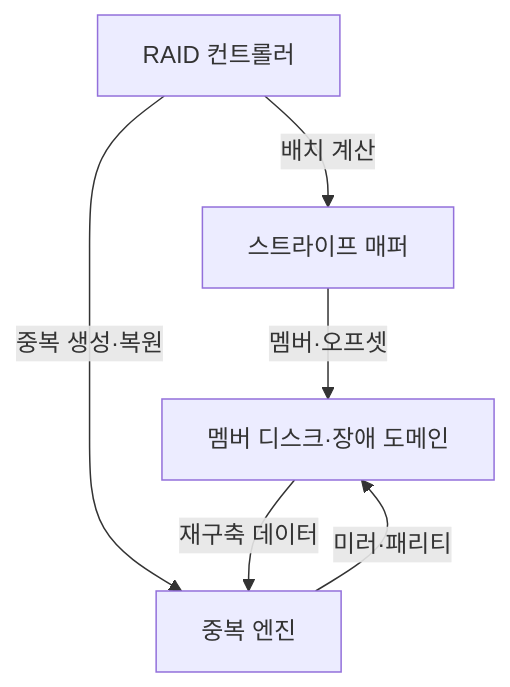
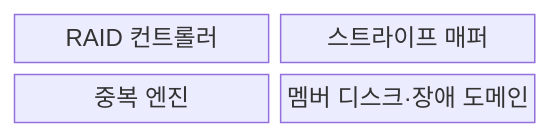
Before and after one commit to agnusdei1207/knowledge-base: the first of 2 diagrams in src/content/docs/notes/02-hardware/032_raid_levels.md, drawn with Mermaid. The commit also changed other lines of this file and 20 other files, not shown here.

````diff
--- a/src/content/docs/notes/02-hardware/032_raid_levels.md
+++ b/src/content/docs/notes/02-hardware/032_raid_levels.md
@@ -76,12 +74,8 @@
 ```mermaid
-flowchart TB
-    C[RAID 컨트롤러]
-    M[스트라이프 매퍼]
-    R[중복 엔진]
-    D[멤버 디스크·장애 도메인]
-    C -->|배치 계산| M
-    C -->|중복 생성·복원| R
-    M -->|멤버·오프셋| D
-    R -->|미러·패리티| D
-    D -->|재구축 데이터| R
+block
+    columns 2
+    C["RAID 컨트롤러"]
+    M["스트라이프 매퍼"]
+    R["중복 엔진"]
+    D["멤버 디스크·장애 도메인"]
 ```
````
